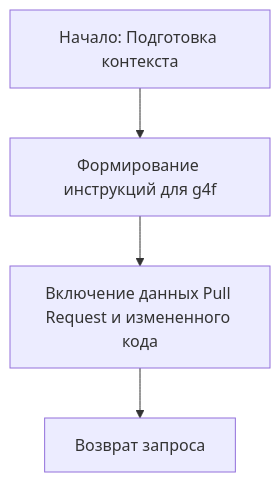
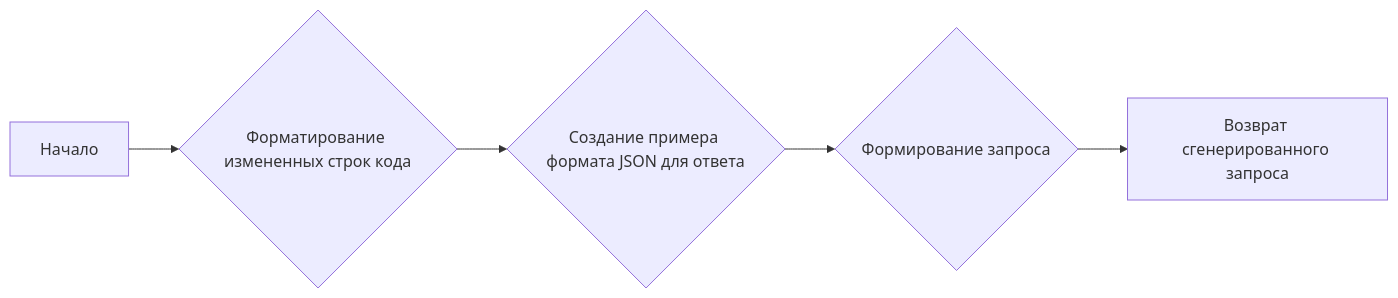
Before and after one commit to hypo69/hypotez: the seventh of 8 diagrams in docs/ru/src/endpoints/gpt4free/etc/tool/copilot.py.md, drawn with Mermaid. The commit also changed other lines of this file and 1431 other files, not shown here.

````diff
--- a/docs/ru/src/endpoints/gpt4free/etc/tool/copilot.py.md
+++ b/docs/ru/src/endpoints/gpt4free/etc/tool/copilot.py.md
@@ -366,6 +294,7 @@
 ```mermaid
-graph TD
-    A[Начало: Подготовка контекста] --> B[Формирование инструкций для g4f];
-    B --> C[Включение данных Pull Request и измененного кода];
-    C --> D[Возврат запроса];
+graph LR
+A[Начало] --> B{Форматирование измененных строк кода};
+B --> C{Создание примера формата JSON для ответа};
+C --> D{Формирование запроса};
+D --> E[Возврат сгенерированного запроса];
 ```
````
